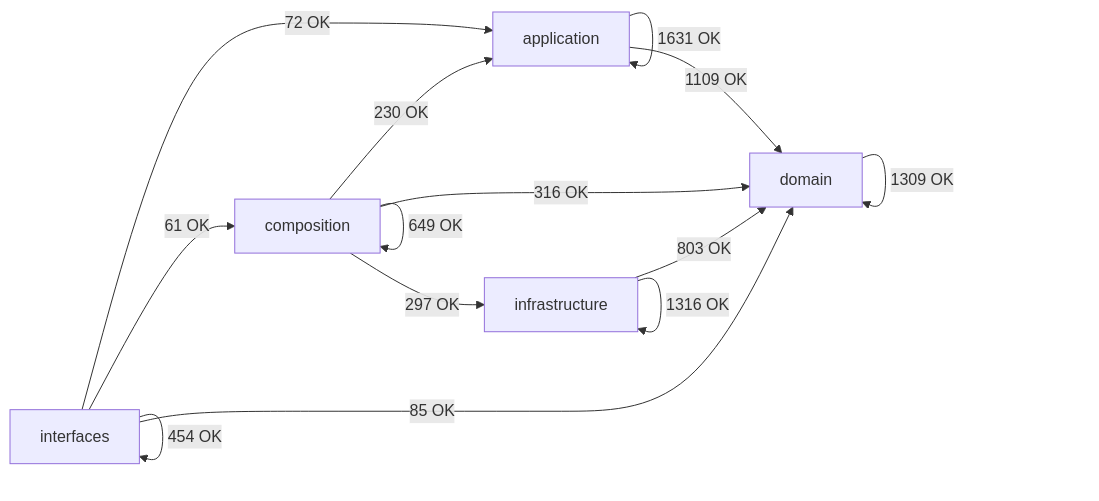
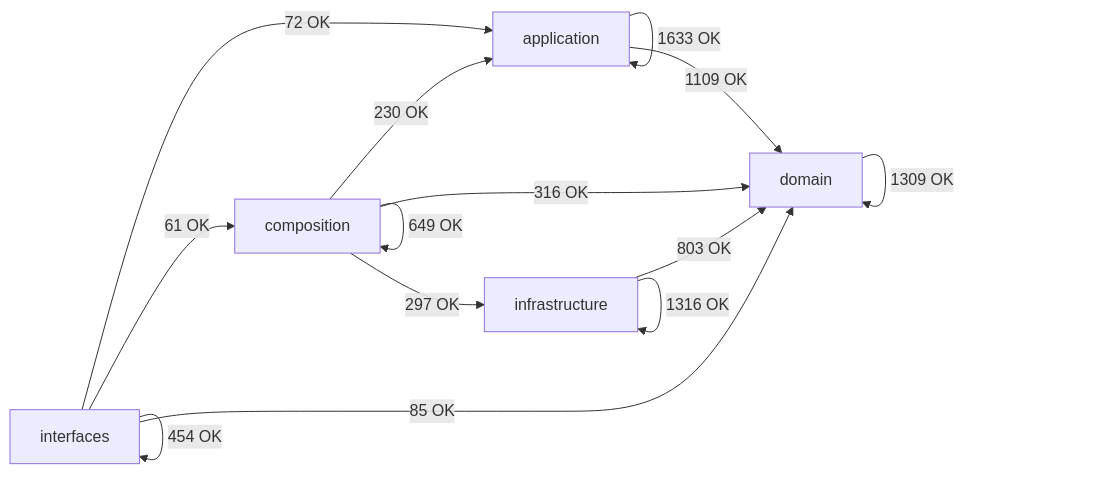
The diagram in docs/02-architecture/generated/module-dependency-map.md (SatoryKono/BioactivityDataAcquisition), drawn with Mermaid before and after one commit. The commit also changed other lines of this file and 12 other files, not shown here.

````diff
--- a/docs/02-architecture/generated/module-dependency-map.md
+++ b/docs/02-architecture/generated/module-dependency-map.md
@@ -17,21 +17,21 @@
 ```mermaid
 flowchart LR
     domain[domain]
     application[application]
     infrastructure[infrastructure]
     composition[composition]
     interfaces[interfaces]
-    application -->|1631 OK| application
+    application -->|1633 OK| application
     application -->|1109 OK| domain
     composition -->|230 OK| application
     composition -->|649 OK| composition
     composition -->|316 OK| domain
     composition -->|297 OK| infrastructure
     domain -->|1309 OK| domain
     infrastructure -->|803 OK| domain
     infrastructure -->|1316 OK| infrastructure
     interfaces -->|72 OK| application
     interfaces -->|61 OK| composition
     interfaces -->|85 OK| domain
     interfaces -->|454 OK| interfaces
 ```
````
